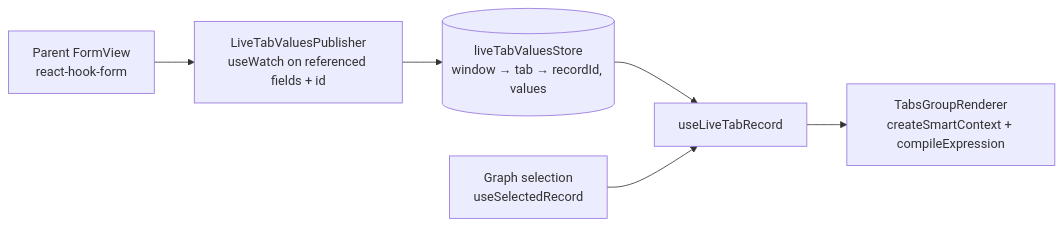
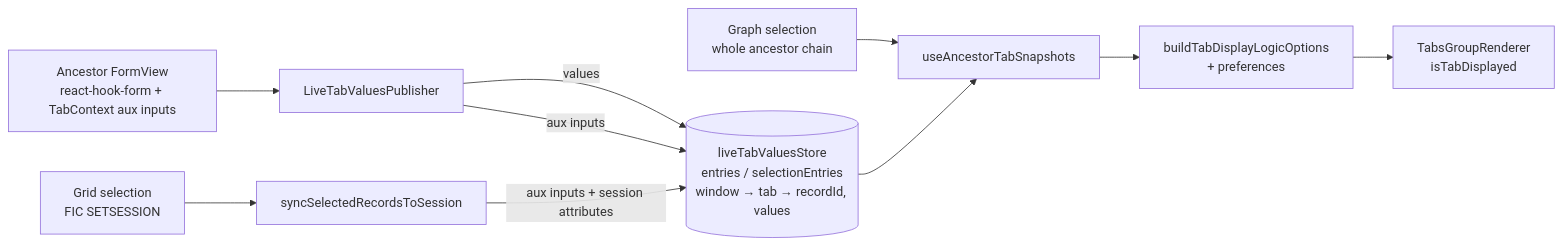
The diagram in docs/features/tab-display-logic/README.md (etendosoftware/com.etendorx.workspace-ui), drawn with Mermaid before and after one commit. The commit also changed other lines of this file and 2 other files, not shown here.

Commit message:
Hotfix ETP-5994: Document tab display logic with ancestor context

````diff
--- a/docs/features/tab-display-logic/README.md
+++ b/docs/features/tab-display-logic/README.md
@@ -31,8 +50,12 @@
 ```mermaid
 flowchart LR
-  F[Parent FormView<br/>react-hook-form] --> P[LiveTabValuesPublisher<br/>useWatch on referenced fields + id]
-  P --> S[(liveTabValuesStore<br/>window → tab → recordId, values)]
-  S --> H[useLiveTabRecord]
-  G[Graph selection<br/>useSelectedRecord] --> H
-  H --> R[TabsGroupRenderer<br/>createSmartContext + compileExpression]
+  F[Ancestor FormView<br/>react-hook-form + TabContext aux inputs] --> P[LiveTabValuesPublisher]
+  GS[Grid selection<br/>FIC SETSESSION] --> SS[syncSelectedRecordsToSession]
+  P -->|values| S[(liveTabValuesStore<br/>entries / selectionEntries<br/>window → tab → recordId, values)]
+  P -->|aux inputs| S
+  SS -->|aux inputs + session attributes| S
+  G[Graph selection<br/>whole ancestor chain] --> H[useAncestorTabSnapshots]
+  S --> H
+  H --> C[buildTabDisplayLogicOptions<br/>+ preferences]
+  C --> R[TabsGroupRenderer<br/>isTabDisplayed]
 ```
````
